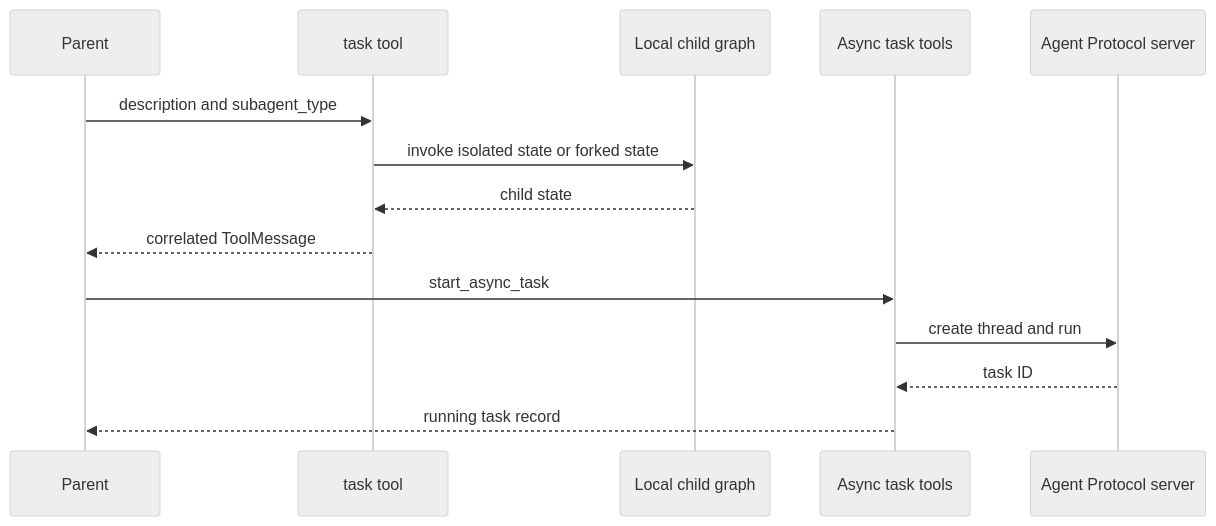
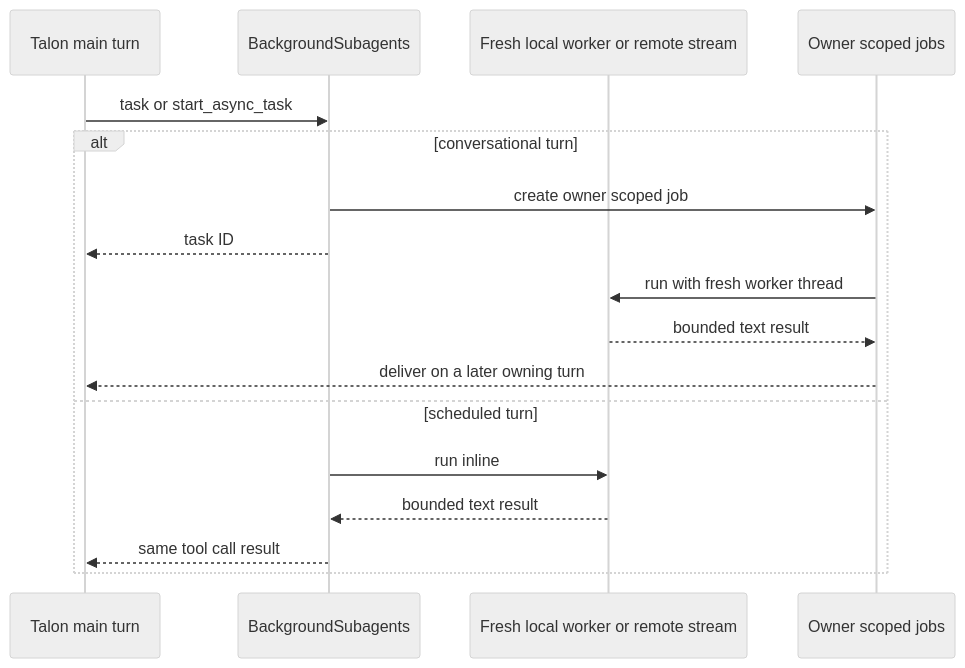
One commit to langchain-ai/deepagents changed the second of 2 diagrams in openwiki/concepts/subagents-skills.md. Above: the diagram before and after it, drawn with Mermaid (neutral theme). The commit also changed other lines of this file and 46 other files, not shown here.

````diff
--- a/openwiki/concepts/subagents-skills.md
+++ b/openwiki/concepts/subagents-skills.md
@@ -80,16 +99,19 @@
 ```mermaid
 sequenceDiagram
-    participant Parent
-    participant Task as task tool
-    participant Local as Local child graph
-    participant Async as Async task tools
-    participant Server as Agent Protocol server
-    Parent->>Task: description and subagent_type
-    Task->>Local: invoke isolated state or forked state
-    Local-->>Task: child state
-    Task-->>Parent: correlated ToolMessage
-    Parent->>Async: start_async_task
-    Async->>Server: create thread and run
-    Server-->>Async: task ID
-    Async-->>Parent: running task record
+    participant Main as Talon main turn
+    participant Wrap as BackgroundSubagents
+    participant Worker as Fresh local worker or remote stream
+    participant Jobs as Owner scoped jobs
+    Main->>Wrap: task or start_async_task
+    alt conversational turn
+        Wrap->>Jobs: create owner scoped job
+        Wrap-->>Main: task ID
+        Jobs->>Worker: run with fresh worker thread
+        Worker-->>Jobs: bounded text result
+        Jobs-->>Main: deliver on a later owning turn
+    else scheduled turn
+        Wrap->>Worker: run inline
+        Worker-->>Wrap: bounded text result
+        Wrap-->>Main: same tool call result
+    end
 ```
````
